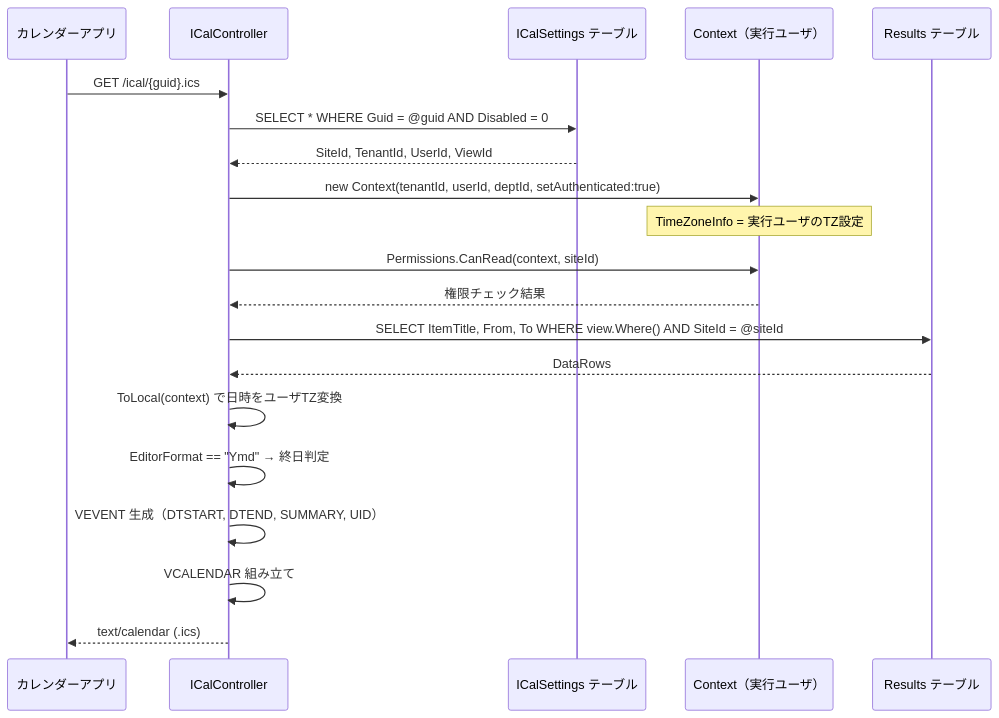
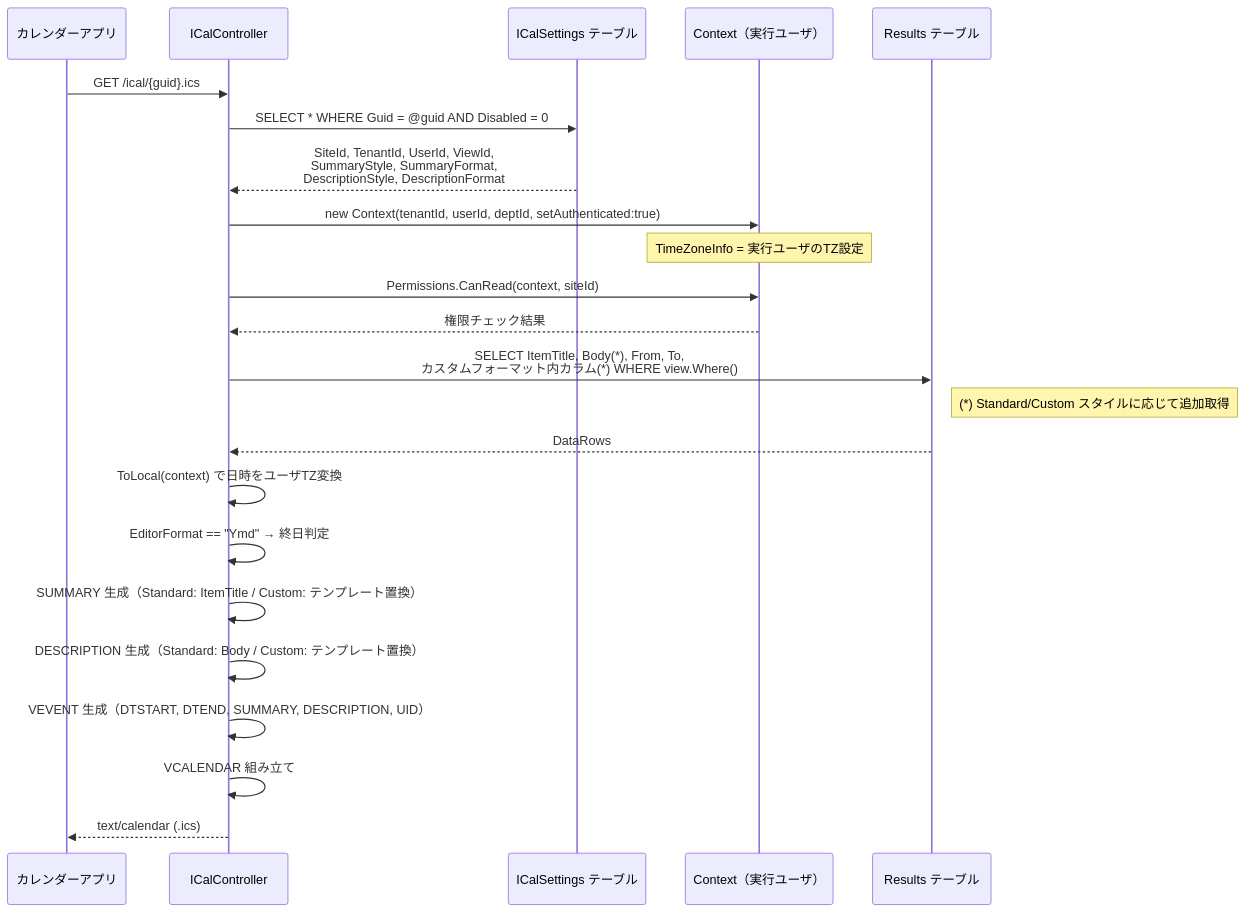
One commit to vehiclevisionjp/VehicleVision.Pleasanter.ResearchDocuments changed the seventh of 7 diagrams in docs/research/03-データ操作・API/006-iCalインターフェース設計.md. Above: the diagram before and after it, drawn with Mermaid. The commit also changed other lines of this file and 1 other file, not shown here.

Commit message:
docs: VEVENT SUMMARY/DESCRIPTIONの標準・カスタムスタイル設計を追加

````diff
--- a/docs/research/03-データ操作・API/006-iCalインターフェース設計.md
+++ b/docs/research/03-データ操作・API/006-iCalインターフェース設計.md
@@ -591,28 +723,31 @@
 ```mermaid
 sequenceDiagram
     participant CA as カレンダーアプリ
     participant IC as ICalController
     participant DB_IC as ICalSettings テーブル
     participant CTX as Context（実行ユーザ）
     participant DB_R as Results テーブル
 
     CA->>IC: GET /ical/{guid}.ics
     IC->>DB_IC: SELECT * WHERE Guid = @guid AND Disabled = 0
-    DB_IC-->>IC: SiteId, TenantId, UserId, ViewId
+    DB_IC-->>IC: SiteId, TenantId, UserId, ViewId,<br/>SummaryStyle, SummaryFormat,<br/>DescriptionStyle, DescriptionFormat
 
     IC->>CTX: new Context(tenantId, userId, deptId, setAuthenticated:true)
     Note over CTX: TimeZoneInfo = 実行ユーザのTZ設定
 
     IC->>CTX: Permissions.CanRead(context, siteId)
     CTX-->>IC: 権限チェック結果
 
-    IC->>DB_R: SELECT ItemTitle, From, To WHERE view.Where() AND SiteId = @siteId
+    IC->>DB_R: SELECT ItemTitle, Body(*), From, To,<br/>カスタムフォーマット内カラム(*) WHERE view.Where()
+    Note right of DB_R: (*) Standard/Custom スタイルに応じて追加取得
     DB_R-->>IC: DataRows
 
     IC->>IC: ToLocal(context) で日時をユーザTZ変換
     IC->>IC: EditorFormat == "Ymd" → 終日判定
-    IC->>IC: VEVENT 生成（DTSTART, DTEND, SUMMARY, UID）
+    IC->>IC: SUMMARY 生成（Standard: ItemTitle / Custom: テンプレート置換）
+    IC->>IC: DESCRIPTION 生成（Standard: Body / Custom: テンプレート置換）
+    IC->>IC: VEVENT 生成（DTSTART, DTEND, SUMMARY, DESCRIPTION, UID）
     IC->>IC: VCALENDAR 組み立て
 
     IC-->>CA: text/calendar (.ics)
 ```
````
